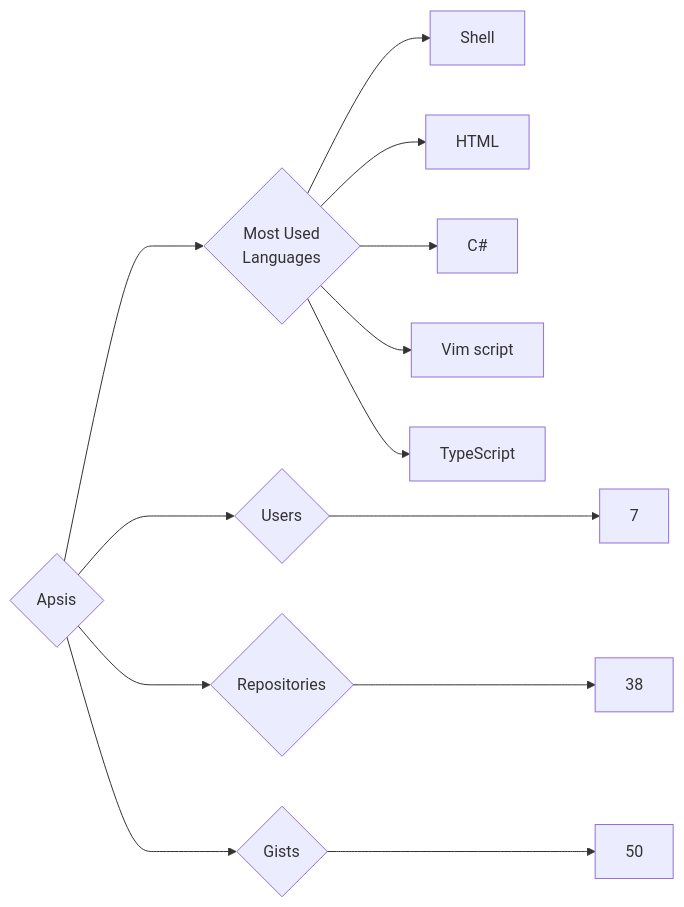
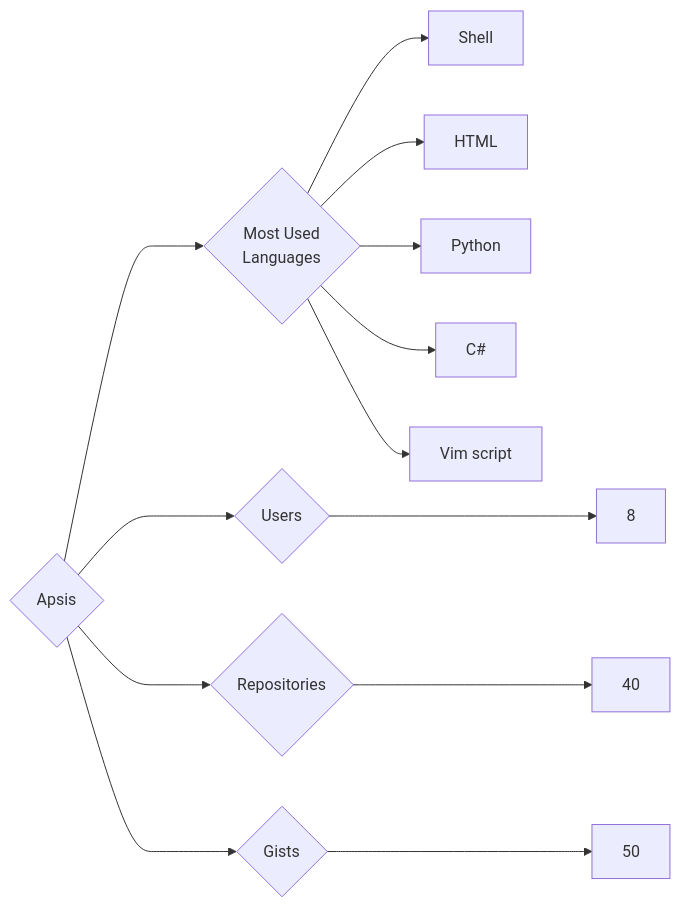
Before and after one commit to trickest/insiders: the diagram in targets/Apsis/README.md, drawn with Mermaid. The commit also changed 894 other files, not shown here.

````diff
--- a/targets/Apsis/README.md
+++ b/targets/Apsis/README.md
@@ -3,13 +3,13 @@
 ```mermaid
 graph LR
 COMPANY_NAME{Apsis}
-COMPANY_NAME ---> U{Users} ---> UN[7]
-COMPANY_NAME ---> R{Repositories} ---> RN[38]
+COMPANY_NAME ---> U{Users} ---> UN[8]
+COMPANY_NAME ---> R{Repositories} ---> RN[40]
 COMPANY_NAME ---> G{Gists} ---> GN[50]
 COMPANY_NAME ---> ML{Most Used<br>Languages}
 ML --> Shell[Shell]
 ML --> HTML[HTML]
+ML --> Python[Python]
 ML --> C#[C#]
 ML --> Vim_script[Vim script]
-ML --> TypeScript[TypeScript]
 ```
````
